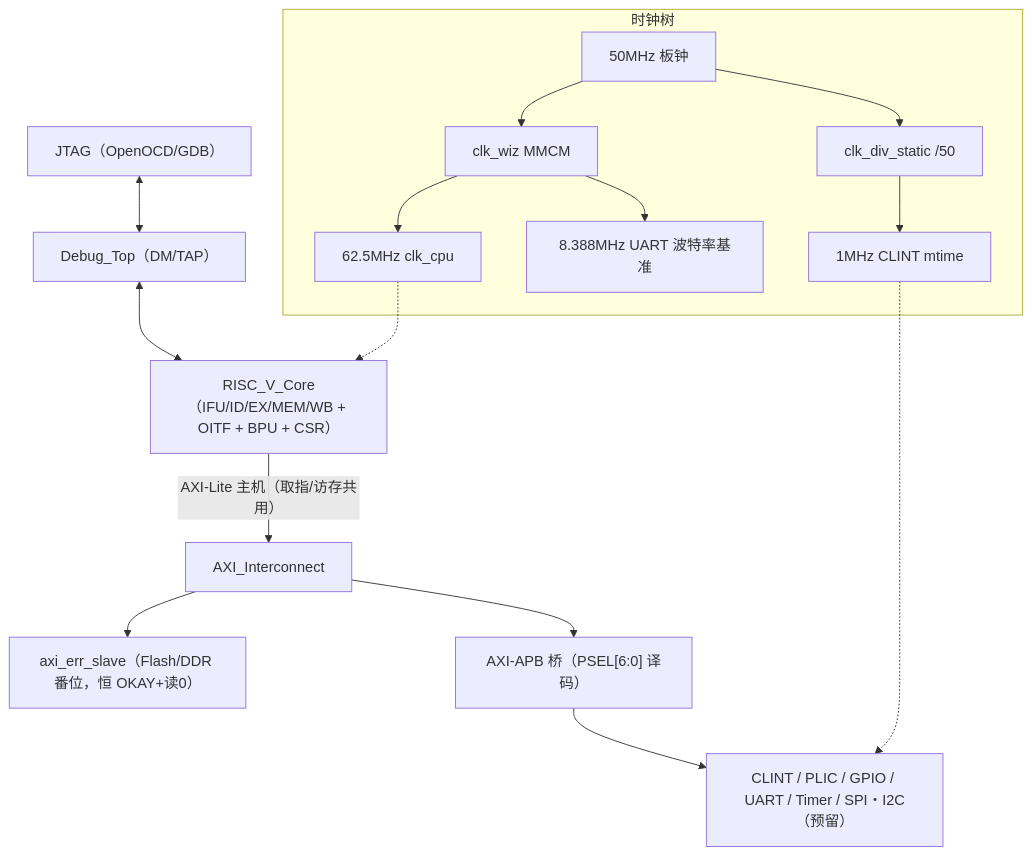
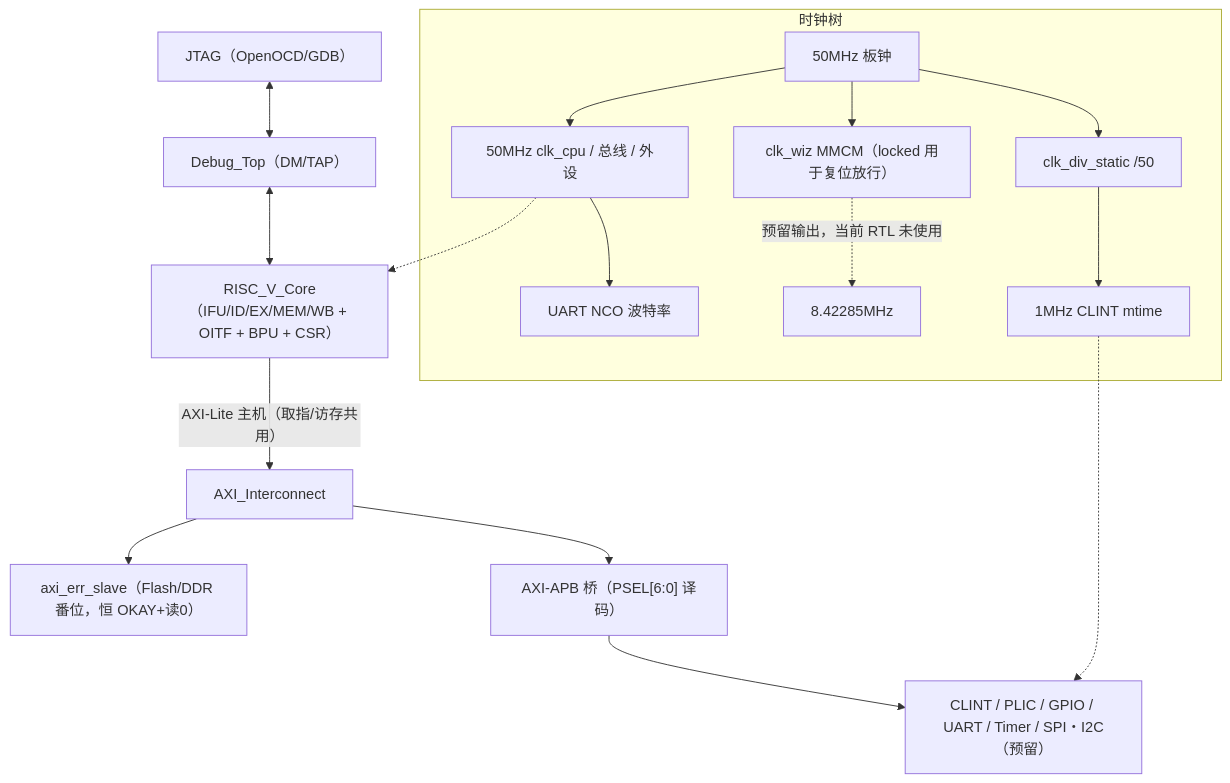
One commit to HumbleExplorer/BD32_SoC changed the diagram in doc/spec.md. Above: the diagram before and after it, drawn with Mermaid. The commit also changed other lines of this file and 33 other files, not shown here.

````diff
--- a/doc/spec.md
+++ b/doc/spec.md
@@ -15,17 +15,18 @@
 ```mermaid
 flowchart TD
     subgraph CLK["时钟树"]
-        OSC["50MHz 板钟"] --> MMCM["clk_wiz MMCM"]
-        MMCM --> C1["62.5MHz clk_cpu"]
-        MMCM --> C2["8.388MHz UART 波特率基准"]
+        OSC["50MHz 板钟"] --> C1["50MHz clk_cpu / 总线 / 外设"]
+        C1 --> C2["UART NCO 波特率"]
+        OSC --> MMCM["clk_wiz MMCM（locked 用于复位放行）"]
+        MMCM -. "预留输出，当前 RTL 未使用" .-> C4["8.42285MHz"]
         OSC --> DIV["clk_div_static /50"] --> C3["1MHz CLINT mtime"]
     end
     JTAG["JTAG（OpenOCD/GDB）"] <--> DBG["Debug_Top（DM/TAP）"]
     DBG <--> CORE["RISC_V_Core（IFU/ID/EX/MEM/WB + OITF + BPU + CSR）"]
     CORE -->|"AXI-Lite 主机（取指/访存共用）"| AXI["AXI_Interconnect"]
     AXI --> ERR["axi_err_slave（Flash/DDR 番位，恒 OKAY+读0）"]
     AXI --> BR["AXI-APB 桥（PSEL[6:0] 译码）"]
     BR --> PERI["CLINT / PLIC / GPIO / UART / Timer / SPI・I2C（预留）"]
     C1 -.-> CORE
     C3 -.-> PERI
 ```
````
